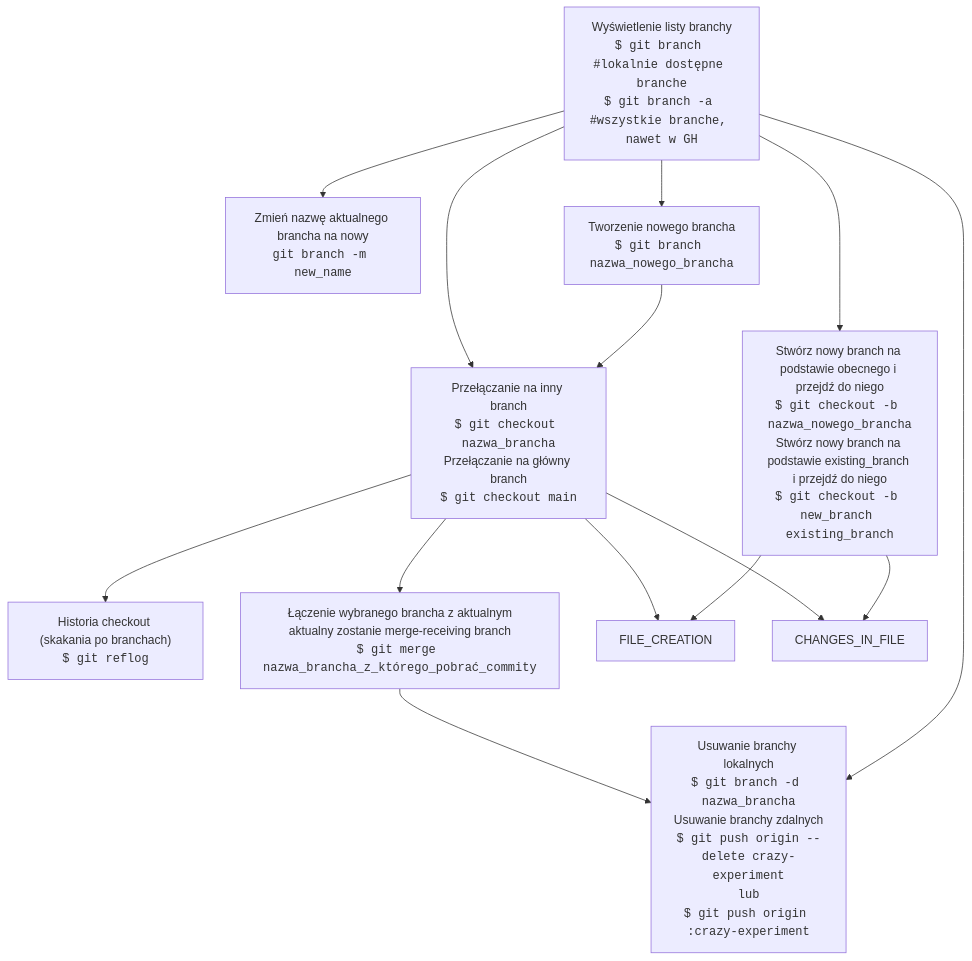
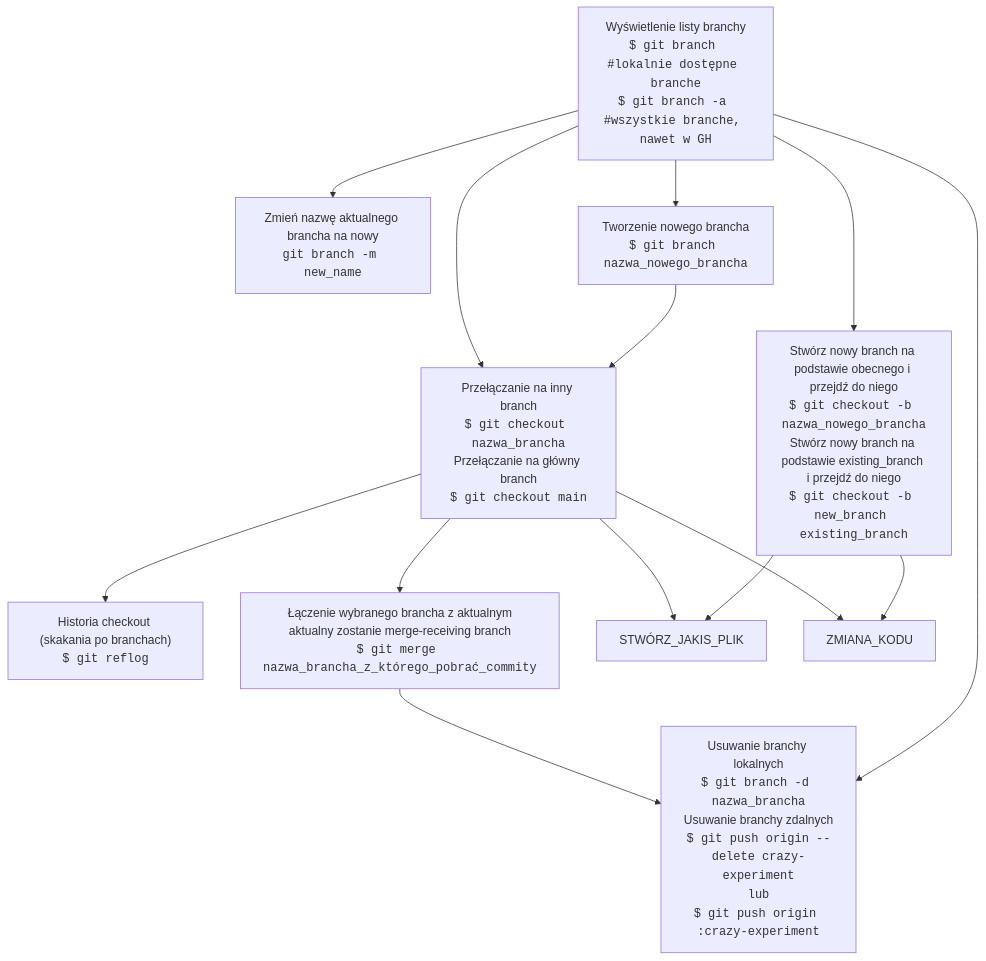
One commit to dankuc237/notatki changed the third of 3 diagrams in git-graph.md. Above: the diagram before and after it, drawn with Mermaid. The commit also changed other lines of this file, not shown here.

````diff
--- a/git-graph.md
+++ b/git-graph.md
@@ -52,25 +52,25 @@
 ```mermaid
 graph TB
         LIST_ALL_BRANCHES["Wyświetlenie listy branchy<br><code>$ git branch #lokalnie dostępne branche<br>$ git branch -a #wszystkie branche, nawet w GH</code>"]
         DELETE_BRANCH["Usuwanie branchy lokalnych<br><code>$ git branch -d nazwa_brancha</code><br>Usuwanie branchy zdalnych<br><code>$ git push origin --delete crazy-experiment<br>lub<br>$ git push origin :crazy-experiment</code>"]
         RENAME_BRANCH["Zmień nazwę aktualnego brancha na nowy<br><code>git branch -m new_name</code>"]
         CREATE_NEW_BRANCH["Tworzenie nowego brancha<br><code>$ git branch nazwa_nowego_brancha</code>"]
         CREATE_BRANCH_AND_SWITCH["Stwórz nowy branch na podstawie obecnego i przejdź do niego<br><code>$ git checkout -b nazwa_nowego_brancha</code><br>Stwórz nowy branch na podstawie existing_branch i przejdź do niego<br><code>$ git checkout -b new_branch existing_branch</code>"]
         SWITCH_BRANCH["Przełączanie na inny branch<br><code>$ git checkout nazwa_brancha</code><br>Przełączanie na główny branch<br><code>$ git checkout main</code>"]
         PRINT_CHECKOUT_OPERATION_HISTORY["Historia checkout (skakania po branchach)<br><code>$ git reflog</code>"]
         MERGE_BRANCHES["Łączenie wybranego brancha z aktualnym<br>aktualny zostanie merge-receiving branch<br><code>$ git merge nazwa_brancha_z_którego_pobrać_commity</code>"]
         
         LIST_ALL_BRANCHES --> DELETE_BRANCH
         LIST_ALL_BRANCHES --> CREATE_NEW_BRANCH
         CREATE_NEW_BRANCH --> SWITCH_BRANCH
         SWITCH_BRANCH --> PRINT_CHECKOUT_OPERATION_HISTORY
         LIST_ALL_BRANCHES --> SWITCH_BRANCH
         SWITCH_BRANCH --> MERGE_BRANCHES
         MERGE_BRANCHES --> DELETE_BRANCH
         LIST_ALL_BRANCHES --> CREATE_BRANCH_AND_SWITCH
         LIST_ALL_BRANCHES --> RENAME_BRANCH
-        CREATE_BRANCH_AND_SWITCH --> FILE_CREATION
-        CREATE_BRANCH_AND_SWITCH --> CHANGES_IN_FILE
-        SWITCH_BRANCH --> CHANGES_IN_FILE
-        SWITCH_BRANCH --> FILE_CREATION
+        CREATE_BRANCH_AND_SWITCH --> STWÓRZ_JAKIS_PLIK
+        CREATE_BRANCH_AND_SWITCH --> ZMIANA_KODU
+        SWITCH_BRANCH --> ZMIANA_KODU
+        SWITCH_BRANCH --> STWÓRZ_JAKIS_PLIK
 ```
````
